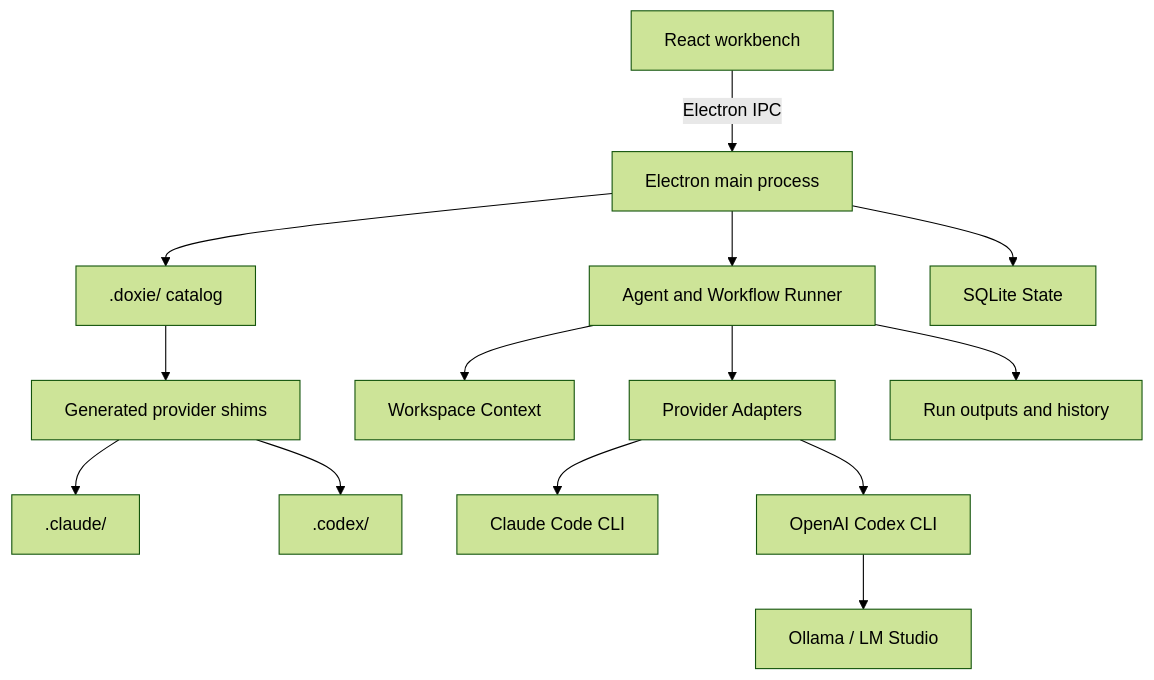
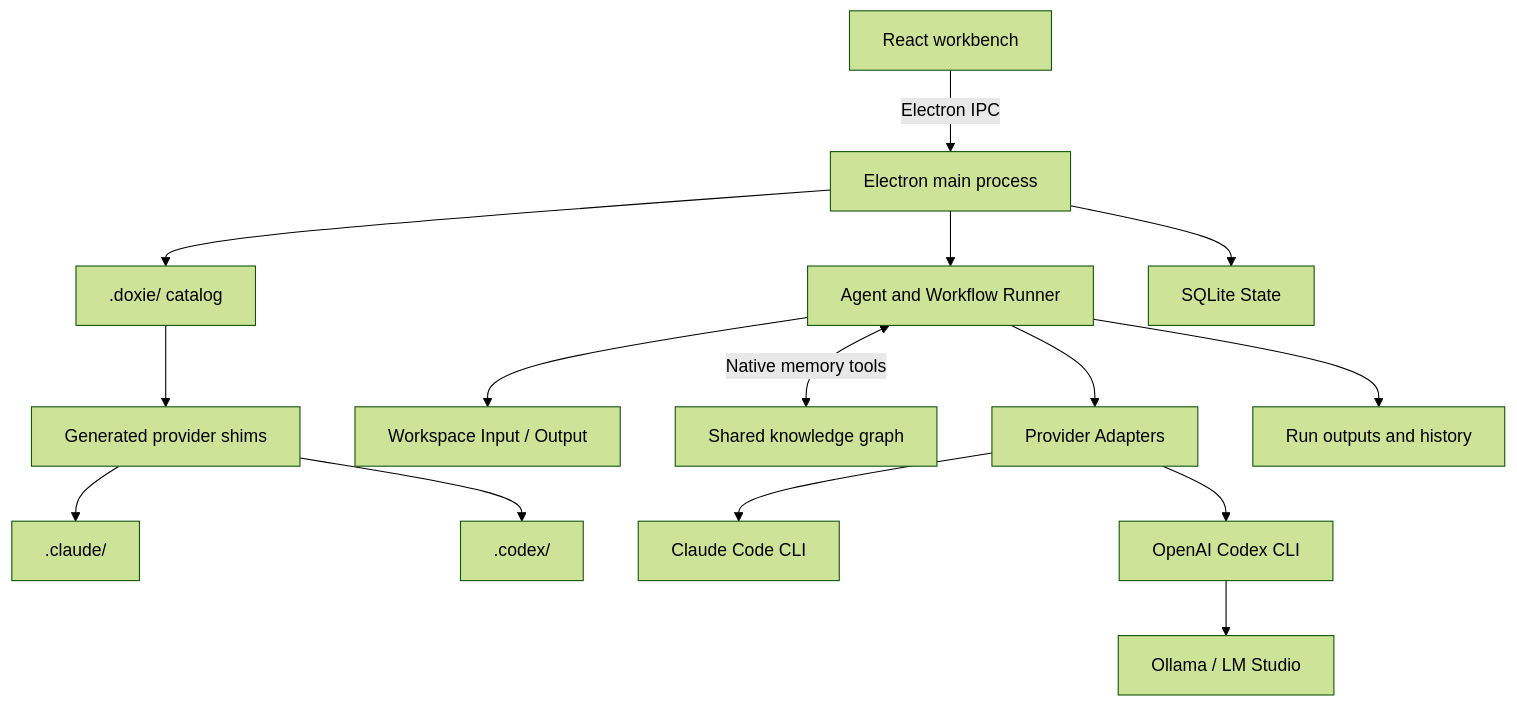
The diagram in README.md (viamus/DoxieOS), drawn with Mermaid (forest theme) before and after one commit. The commit also changed other lines of this file and 63 other files, not shown here.

Commit message:
feat: add agent-owned global library and workspace memory input

````diff
--- a/README.md
+++ b/README.md
@@ -93,16 +99,17 @@
 ```mermaid
 flowchart TD
     UI["React workbench"] -->|Electron IPC| Main["Electron main process"]
     Main --> Catalog[".doxie/ catalog"]
     Main --> Runner["Agent and Workflow Runner"]
     Main --> State["SQLite State"]
-    Runner --> Workspace["Workspace Context"]
+    Runner --> Workspace["Workspace Input / Output"]
+    Runner <-->|Native memory tools| Memory["Shared knowledge graph"]
     Runner --> Providers["Provider Adapters"]
     Providers --> Claude["Claude Code CLI"]
     Providers --> Codex["OpenAI Codex CLI"]
     Codex --> Local["Ollama / LM Studio"]
     Catalog --> Generated["Generated provider shims"]
     Generated --> ClaudeFiles[".claude/"]
     Generated --> CodexFiles[".codex/"]
     Runner --> Runs["Run outputs and history"]
 ```
````
